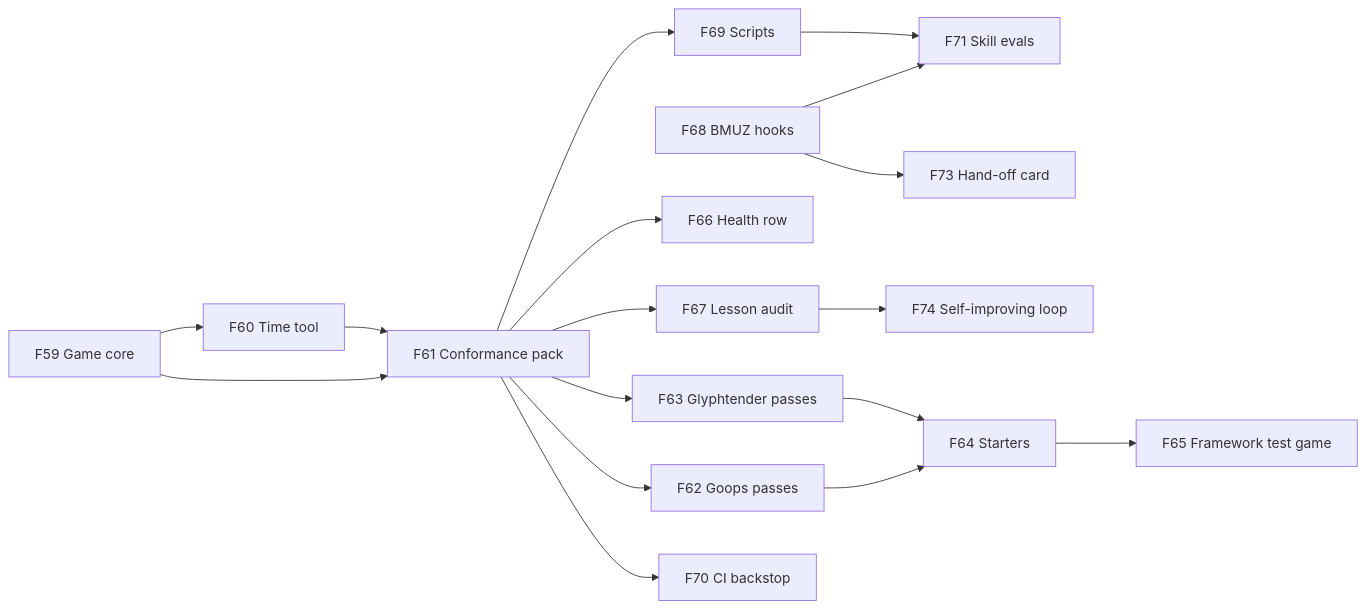
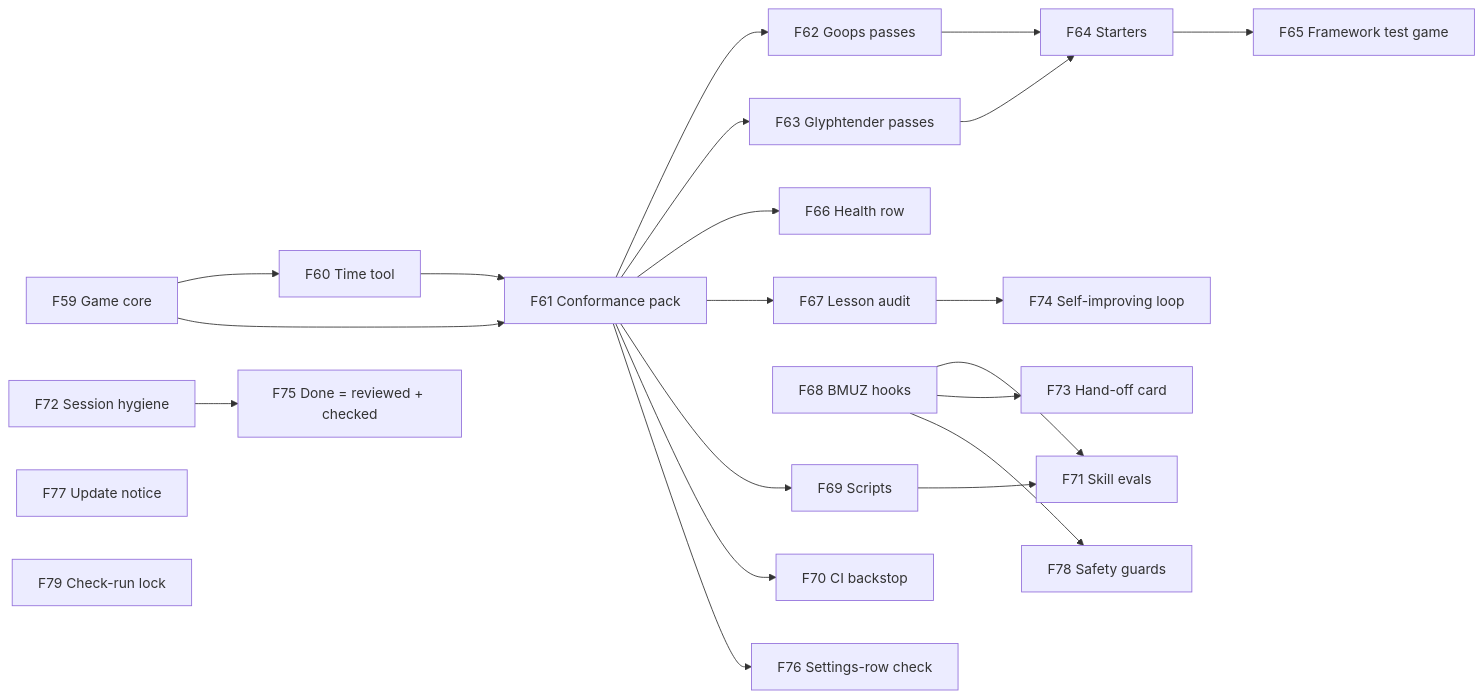
The seventh of 7 diagrams in .planning/ROADMAP.md (TheBlueMuzzy/framework), drawn with Mermaid before and after one commit. The commit also changed other lines of this file and 1 other file, not shown here.

````diff
--- a/.planning/ROADMAP.md
+++ b/.planning/ROADMAP.md
@@ -156,18 +161,23 @@
 ```mermaid
 flowchart LR
   F59[F59 Game core] --> F60[F60 Time tool]
   F59 --> F61[F61 Conformance pack]
   F60 --> F61
   F61 --> F62[F62 Goops passes]
   F61 --> F63[F63 Glyphtender passes]
   F61 --> F66[F66 Health row]
   F61 --> F67[F67 Lesson audit]
   F68[F68 BMUZ hooks] --> F71[F71 Skill evals]
   F68 --> F73[F73 Hand-off card]
   F67 --> F74[F74 Self-improving loop]
   F61 --> F69[F69 Scripts] --> F71
   F61 --> F70[F70 CI backstop]
   F62 --> F64[F64 Starters]
   F63 --> F64
   F64 --> F65[F65 Framework test game]
+  F72[F72 Session hygiene] --> F75[F75 Done = reviewed + checked]
+  F61 --> F76[F76 Settings-row check]
+  F68 --> F78[F78 Safety guards]
+  F77[F77 Update notice]
+  F79[F79 Check-run lock]
 ```
````
